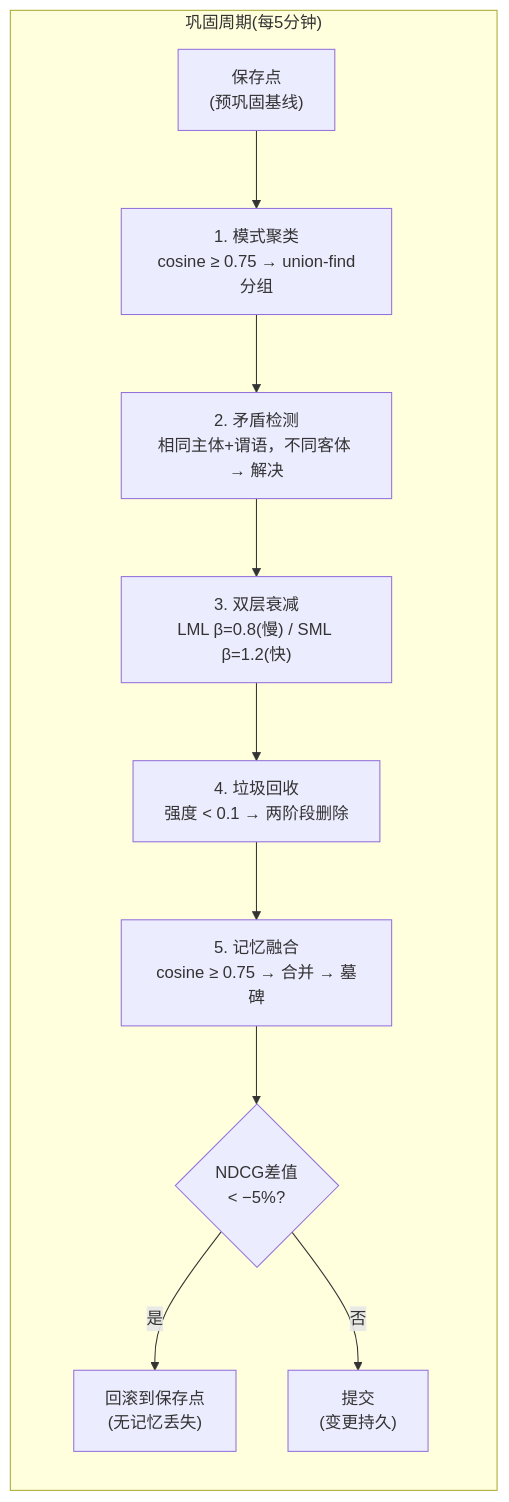
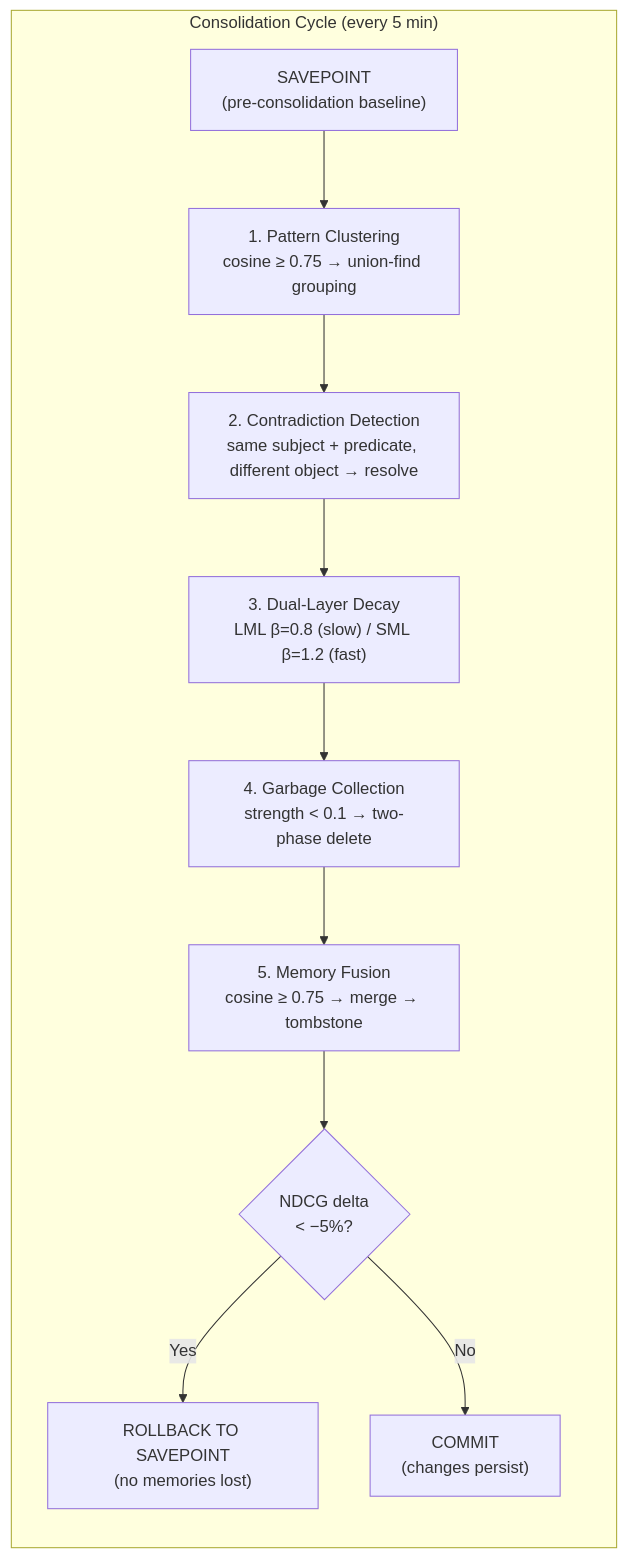
The seventh of 21 diagrams in docs/research/engram.md (WeiLinCool/openpawz), drawn with Mermaid before and after one commit. The commit also changed other lines of this file and 7 other files, not shown here.

````diff
--- a/docs/research/engram.md
+++ b/docs/research/engram.md
@@ -571,16 +571,16 @@
 ```mermaid
 flowchart TD
-    subgraph Cycle["巩固周期(每5分钟)"]
+    subgraph Cycle["Consolidation Cycle (every 5 min)"]
         direction TB
-        SAVE["保存点\n(预巩固基线)"]
-        SAVE --> PC["1. 模式聚类\ncosine ≥ 0.75 → union-find分组"]
-        PC --> CD["2. 矛盾检测\n相同主体+谓语，不同客体 → 解决"]
-        CD --> DECAY["3. 双层衰减\nLML β=0.8(慢) / SML β=1.2(快)"]
-        DECAY --> GC["4. 垃圾回收\n强度 < 0.1 → 两阶段删除"]
-        GC --> FUS["5. 记忆融合\ncosine ≥ 0.75 → 合并 → 墓碑"]
-        FUS --> NDCG{"NDCG差值\n< −5%?"}
-        NDCG -- 是 --> ROLL["回滚到保存点\n(无记忆丢失)"]
-        NDCG -- 否 --> COMMIT["提交\n(变更持久)"]
+        SAVE["SAVEPOINT\n(pre-consolidation baseline)"]
+        SAVE --> PC["1. Pattern Clustering\ncosine ≥ 0.75 → union-find grouping"]
+        PC --> CD["2. Contradiction Detection\nsame subject + predicate, different object → resolve"]
+        CD --> DECAY["3. Dual-Layer Decay\nLML β=0.8 (slow) / SML β=1.2 (fast)"]
+        DECAY --> GC["4. Garbage Collection\nstrength < 0.1 → two-phase delete"]
+        GC --> FUS["5. Memory Fusion\ncosine ≥ 0.75 → merge → tombstone"]
+        FUS --> NDCG{"NDCG delta\n< −5%?"}
+        NDCG -- Yes --> ROLL["ROLLBACK TO SAVEPOINT\n(no memories lost)"]
+        NDCG -- No --> COMMIT["COMMIT\n(changes persist)"]
     end
 
 ```
````
